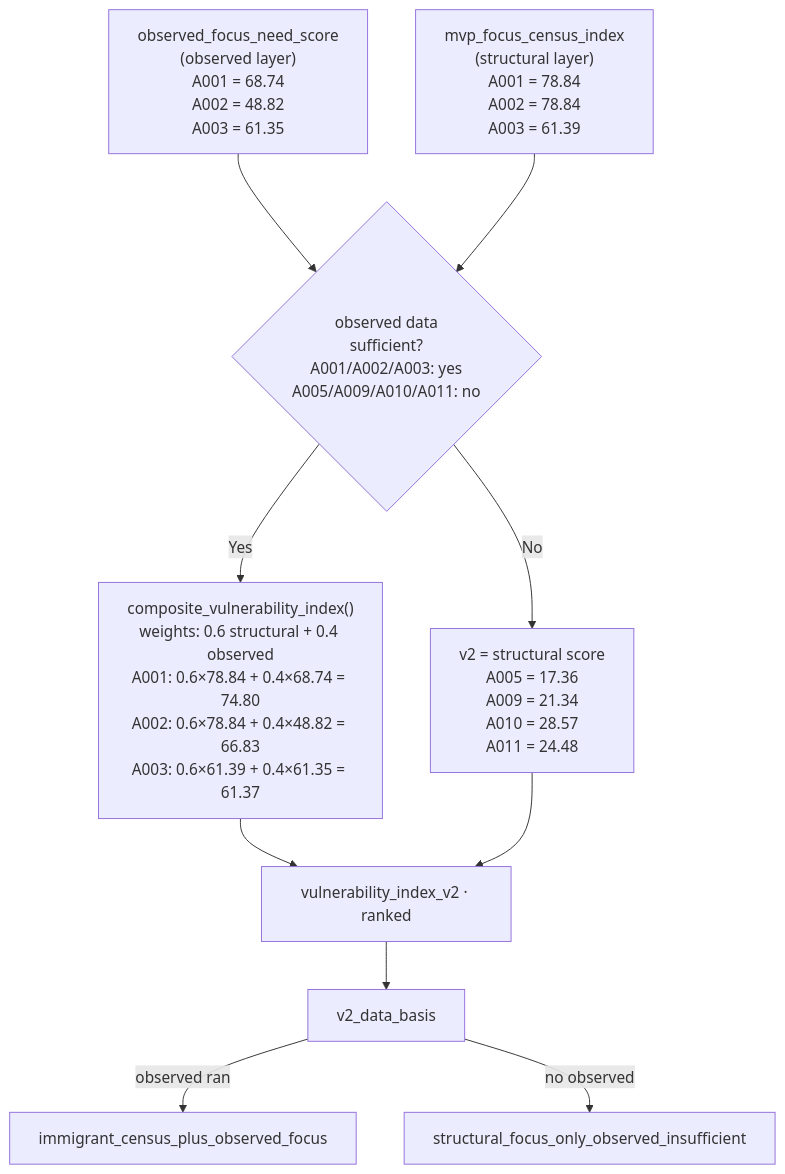
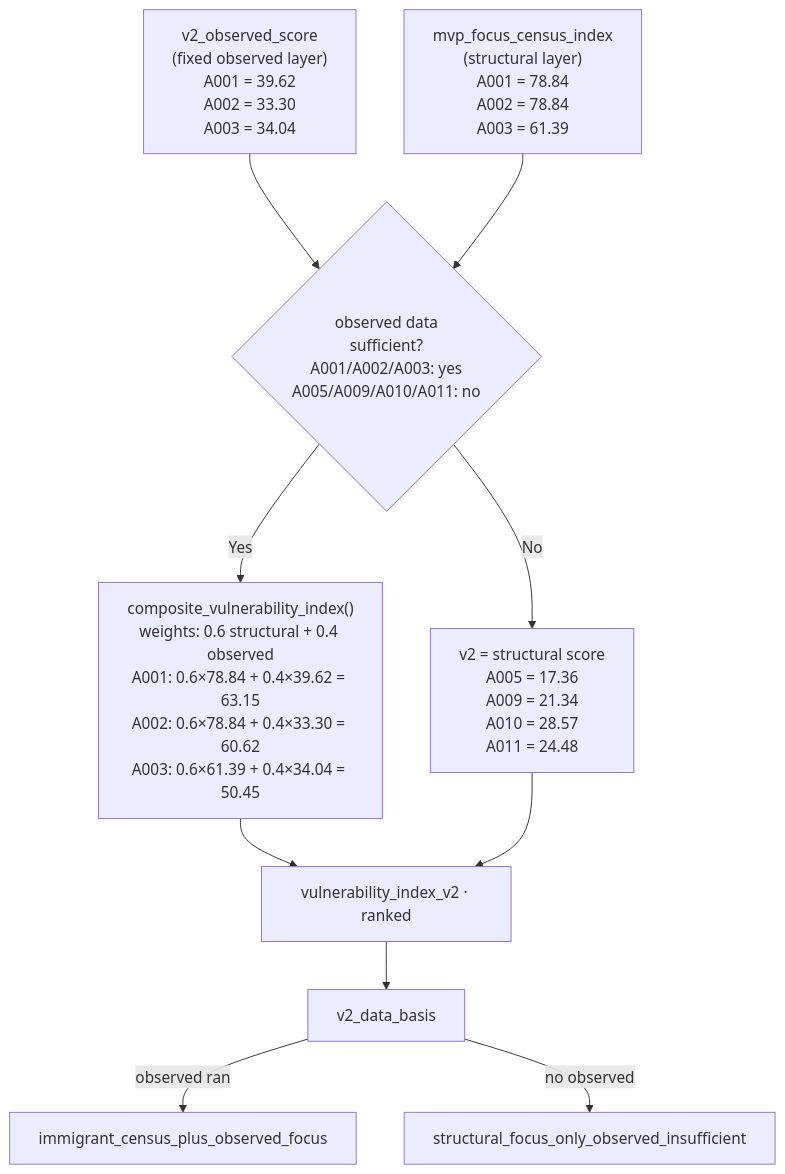
The seventh of 8 diagrams in docs/scoring-metrics-guide.md (frondyff/comm_need_radar), drawn with Mermaid before and after one commit. The commit also changed other lines of this file and 13 other files, not shown here.

````diff
--- a/docs/scoring-metrics-guide.md
+++ b/docs/scoring-metrics-guide.md
@@ -374,18 +390,18 @@
 ```mermaid
 flowchart TD
     STRUCT["mvp_focus_census_index\n(structural layer)\nA001 = 78.84\nA002 = 78.84\nA003 = 61.39"]
-    OBS["observed_focus_need_score\n(observed layer)\nA001 = 68.74\nA002 = 48.82\nA003 = 61.35"]
+    OBS["v2_observed_score\n(fixed observed layer)\nA001 = 39.62\nA002 = 33.30\nA003 = 34.04"]
 
     INSUF{"observed data\nsufficient?\nA001/A002/A003: yes\nA005/A009/A010/A011: no"}
     OBS --> INSUF
     STRUCT --> INSUF
 
-    INSUF -->|"Yes"| COMP["composite_vulnerability_index()\nweights: 0.6 structural + 0.4 observed\nA001: 0.6×78.84 + 0.4×68.74 = 74.80\nA002: 0.6×78.84 + 0.4×48.82 = 66.83\nA003: 0.6×61.39 + 0.4×61.35 = 61.37"]
+    INSUF -->|"Yes"| COMP["composite_vulnerability_index()\nweights: 0.6 structural + 0.4 observed\nA001: 0.6×78.84 + 0.4×39.62 = 63.15\nA002: 0.6×78.84 + 0.4×33.30 = 60.62\nA003: 0.6×61.39 + 0.4×34.04 = 50.45"]
     INSUF -->|"No"| FALL["v2 = structural score\nA005 = 17.36\nA009 = 21.34\nA010 = 28.57\nA011 = 24.48"]
 
     COMP --> V2["vulnerability_index_v2 · ranked"]
     FALL --> V2
     V2 --> BASIS["v2_data_basis"]
     BASIS -->|"observed ran"| B1["immigrant_census_plus_observed_focus"]
     BASIS -->|"no observed"| B2["structural_focus_only_observed_insufficient"]
 ```
````
